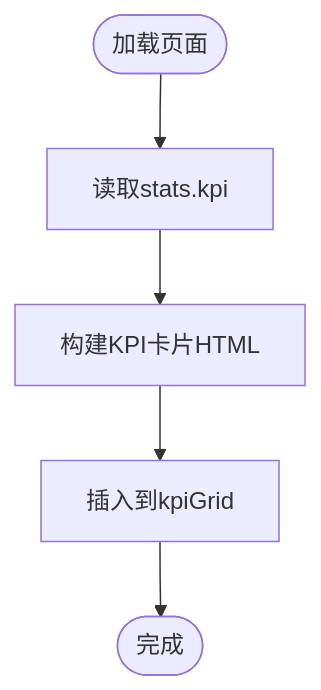
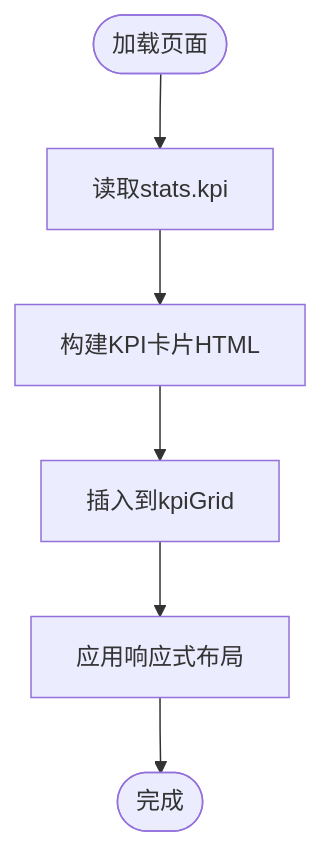
Before and after one commit to JiaStan/shizhi_system_df: the third of 7 diagrams in .qoder/repowiki/zh/content/前端界面/功能模块界面/综合驾驶舱.md, drawn with Mermaid. The commit also changed other lines of this file and 13 other files, not shown here.

````diff
--- a/.qoder/repowiki/zh/content/前端界面/功能模块界面/综合驾驶舱.md
+++ b/.qoder/repowiki/zh/content/前端界面/功能模块界面/综合驾驶舱.md
@@ -137,7 +156,8 @@
 ```mermaid
 flowchart TD
 Start(["加载页面"]) --> LoadData["读取stats.kpi"]
 LoadData --> BuildCards["构建KPI卡片HTML"]
 BuildCards --> Render["插入到kpiGrid"]
-Render --> End(["完成"])
+Render --> Responsive["应用响应式布局"]
+Responsive --> End(["完成"])
 ```
````
